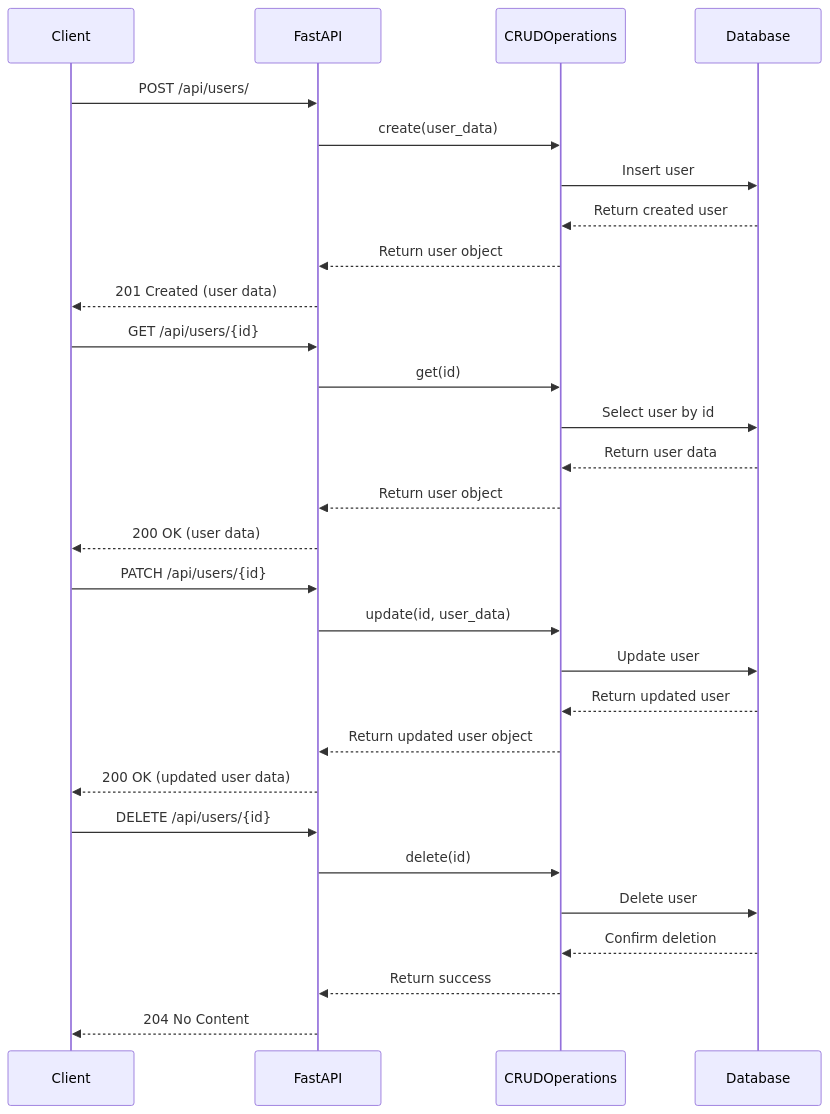
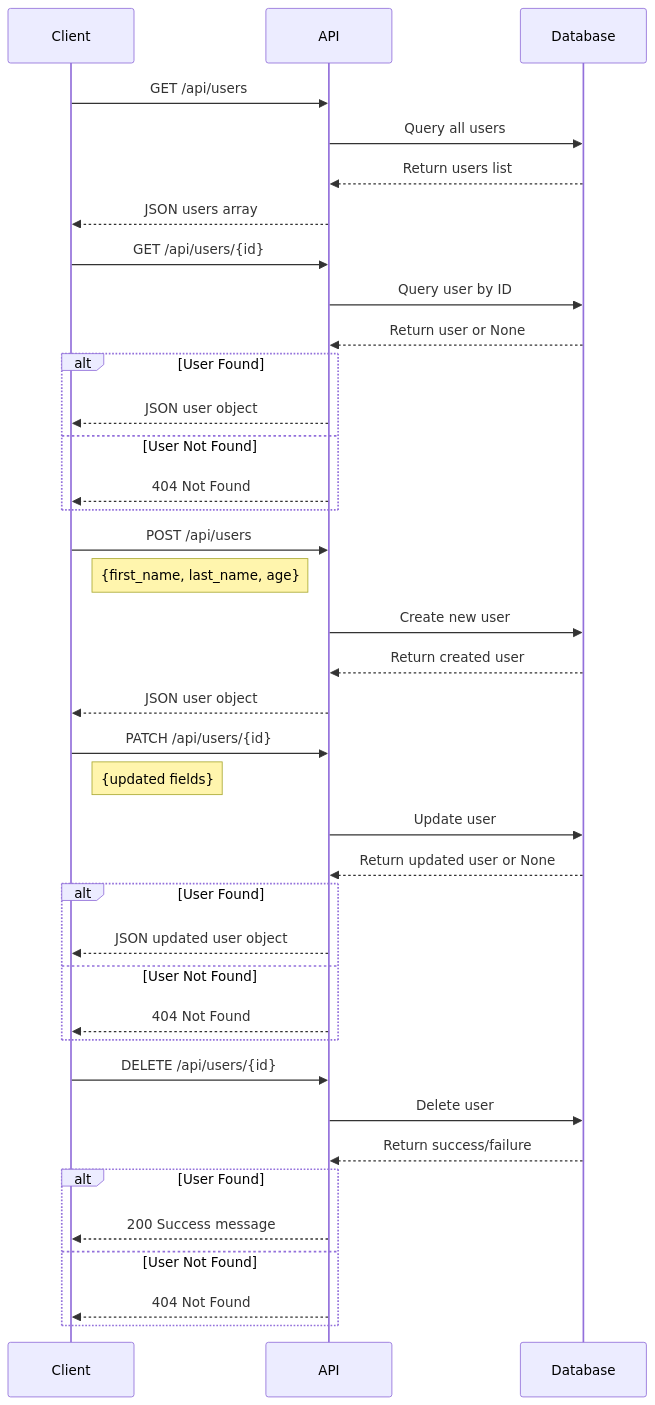
The third of 4 diagrams in docs/architecture/README.md (writeson/cursor_demo), drawn with Mermaid before and after one commit. The commit also changed other lines of this file and 14 other files, not shown here.

````diff
--- a/docs/architecture/README.md
+++ b/docs/architecture/README.md
@@ -57,39 +66,45 @@
 ```mermaid
 sequenceDiagram
     participant Client
-    participant FastAPI
-    participant CRUDOperations
+    participant API
     participant Database
 
-    %% Create User
-    Client->>FastAPI: POST /api/users/
-    FastAPI->>CRUDOperations: create(user_data)
-    CRUDOperations->>Database: Insert user
-    Database-->>CRUDOperations: Return created user
-    CRUDOperations-->>FastAPI: Return user object
-    FastAPI-->>Client: 201 Created (user data)
+    Client->>API: GET /api/users
+    API->>Database: Query all users
+    Database-->>API: Return users list
+    API-->>Client: JSON users array
 
-    %% Get User
-    Client->>FastAPI: GET /api/users/{id}
-    FastAPI->>CRUDOperations: get(id)
-    CRUDOperations->>Database: Select user by id
-    Database-->>CRUDOperations: Return user data
-    CRUDOperations-->>FastAPI: Return user object
-    FastAPI-->>Client: 200 OK (user data)
+    Client->>API: GET /api/users/{id}
+    API->>Database: Query user by ID
+    Database-->>API: Return user or None
+    alt User Found
+        API-->>Client: JSON user object
+    else User Not Found
+        API-->>Client: 404 Not Found
+    end
 
-    %% Update User
-    Client->>FastAPI: PATCH /api/users/{id}
-    FastAPI->>CRUDOperations: update(id, user_data)
-    CRUDOperations->>Database: Update user
-    Database-->>CRUDOperations: Return updated user
-    CRUDOperations-->>FastAPI: Return updated user object
-    FastAPI-->>Client: 200 OK (updated user data)
+    Client->>API: POST /api/users
+    Note right of Client: {first_name, last_name, age}
+    API->>Database: Create new user
+    Database-->>API: Return created user
+    API-->>Client: JSON user object
 
-    %% Delete User
-    Client->>FastAPI: DELETE /api/users/{id}
-    FastAPI->>CRUDOperations: delete(id)
-    CRUDOperations->>Database: Delete user
-    Database-->>CRUDOperations: Confirm deletion
-    CRUDOperations-->>FastAPI: Return success
-    FastAPI-->>Client: 204 No Content
+    Client->>API: PATCH /api/users/{id}
+    Note right of Client: {updated fields}
+    API->>Database: Update user
+    Database-->>API: Return updated user or None
+    alt User Found
+        API-->>Client: JSON updated user object
+    else User Not Found
+        API-->>Client: 404 Not Found
+    end
+
+    Client->>API: DELETE /api/users/{id}
+    API->>Database: Delete user
+    Database-->>API: Return success/failure
+    alt User Found
+        API-->>Client: 200 Success message
+    else User Not Found
+        API-->>Client: 404 Not Found
+    end
 ```
````
